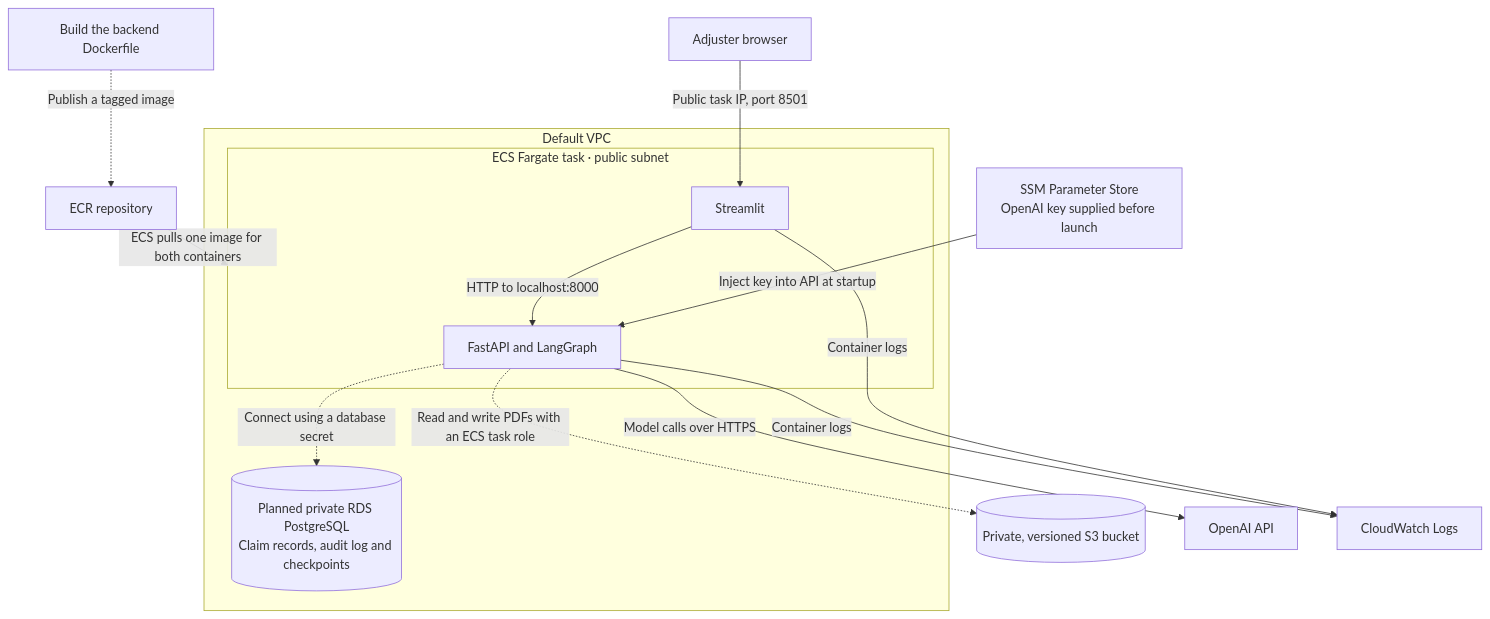
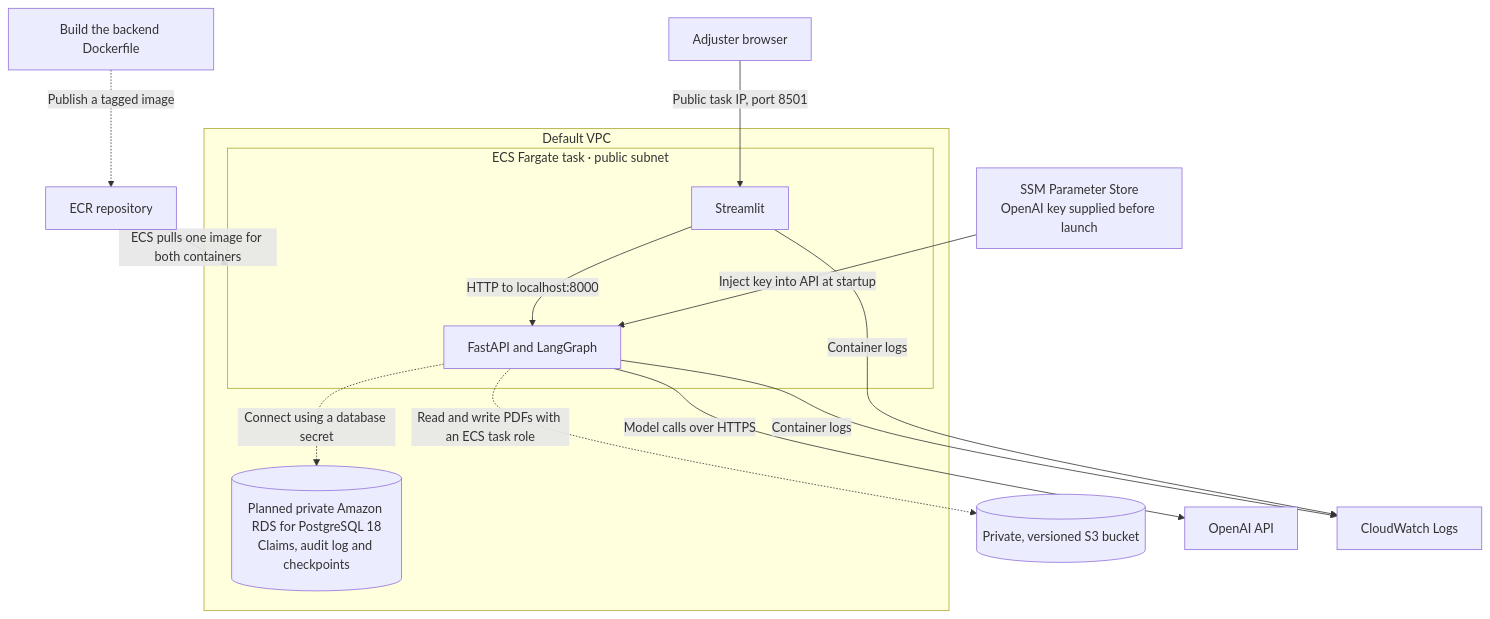
One commit to MP-30/Claim-Sense changed the third of 3 diagrams in infra.md. Above: the diagram before and after it, drawn with Mermaid. The commit also changed other lines of this file and 13 other files, not shown here.

````diff
--- a/infra.md
+++ b/infra.md
@@ -59,20 +67,20 @@
 ```mermaid
 flowchart TB
     Build["Build the backend Dockerfile"] -.->|"Publish a tagged image"| ECR["ECR repository"]
     Param["SSM Parameter Store<br/>OpenAI key supplied before launch"] -->|"Inject key into API at startup"| API
     ECR -->|"ECS pulls one image for both containers"| Task
     User["Adjuster browser"] -->|"Public task IP, port 8501"| UI
     subgraph VPC["Default VPC"]
         subgraph Task["ECS Fargate task · public subnet"]
             UI["Streamlit"]
             API["FastAPI and LangGraph"]
             UI -->|"HTTP to localhost:8000"| API
         end
-        DB[("Planned private RDS PostgreSQL<br/>Claim records, audit log and checkpoints")]
+        DB[("Planned private Amazon RDS for PostgreSQL 18<br/>Claims, audit log and checkpoints")]
         API -.->|"Connect using a database secret"| DB
     end
     API -.->|"Read and write PDFs with an ECS task role"| S3[("Private, versioned S3 bucket")]
     API -->|"Model calls over HTTPS"| Model["OpenAI API"]
     UI -->|"Container logs"| Logs["CloudWatch Logs"]
     API -->|"Container logs"| Logs
 ```
````
